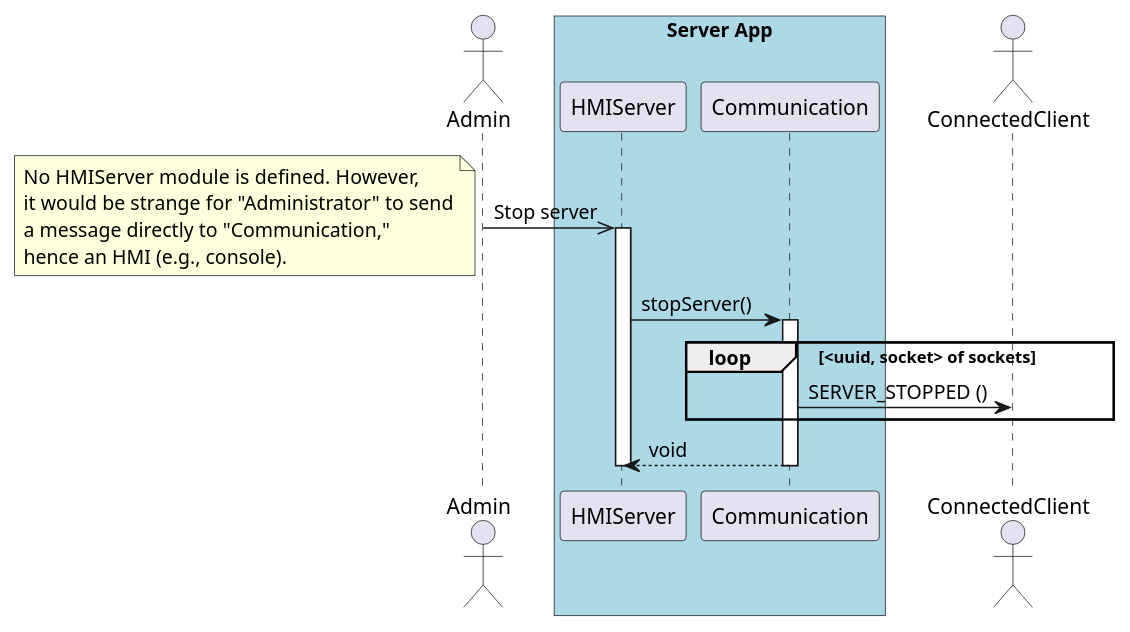
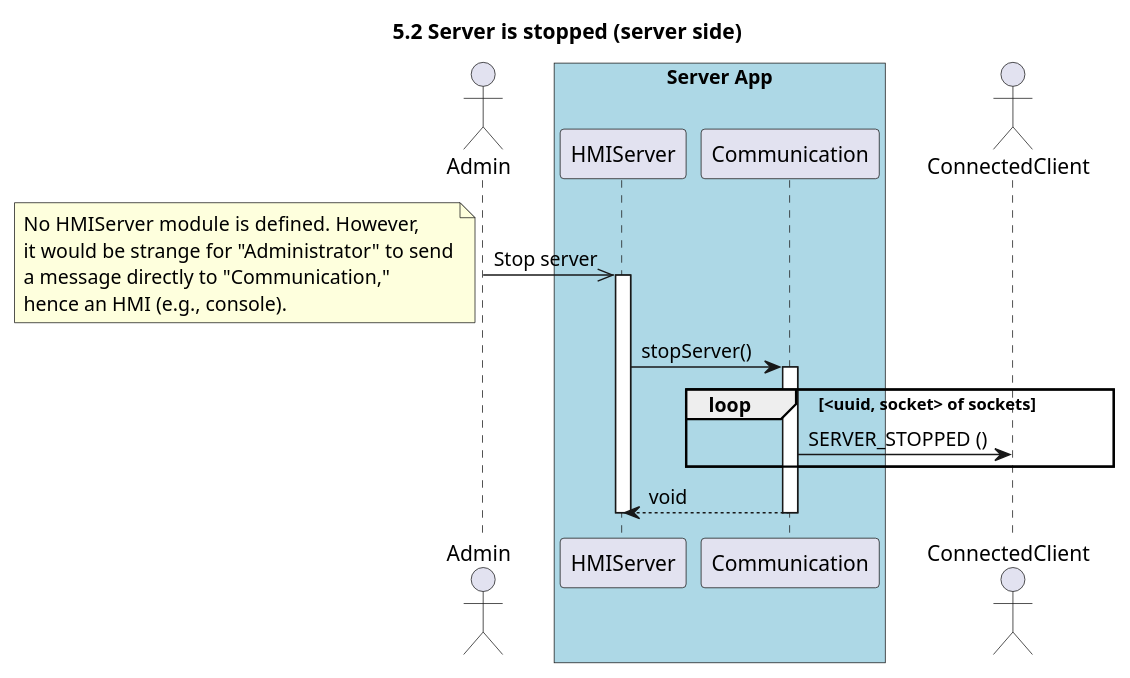
The diagram in sequence/5.2.stop_server_server.puml (UTCAI12/Diagrams), drawn with PlantUML before and after one commit. The commit also changed 30 other files, not shown here.

Commit message:
adding titles on all diagrams

```diff
--- a/sequence/5.2.stop_server_server.puml
+++ b/sequence/5.2.stop_server_server.puml
@@ -1,26 +1,27 @@
-@startuml Server is stopped (server side)
+@startuml 5.2 Server is stopped (server side)
+title 5.2 Server is stopped (server side)
 
 actor Admin as admin
 
 box "Server App" #LightBlue
     participant HMIServer as hmi
     participant Communication as com
 end box
 
 actor ConnectedClient as client
 
 admin ->> hmi : Stop server
 note left : No HMIServer module is defined. However, \nit would be strange for "Administrator" to send\na message directly to "Communication,"\nhence an HMI (e.g., console).
 activate hmi
 
 hmi -> com++ : stopServer()
 
 loop <uuid, socket> of sockets
     com -> client : SERVER_STOPPED ()
 end
 
 return void
 
 deactivate hmi
 
 @enduml
```
